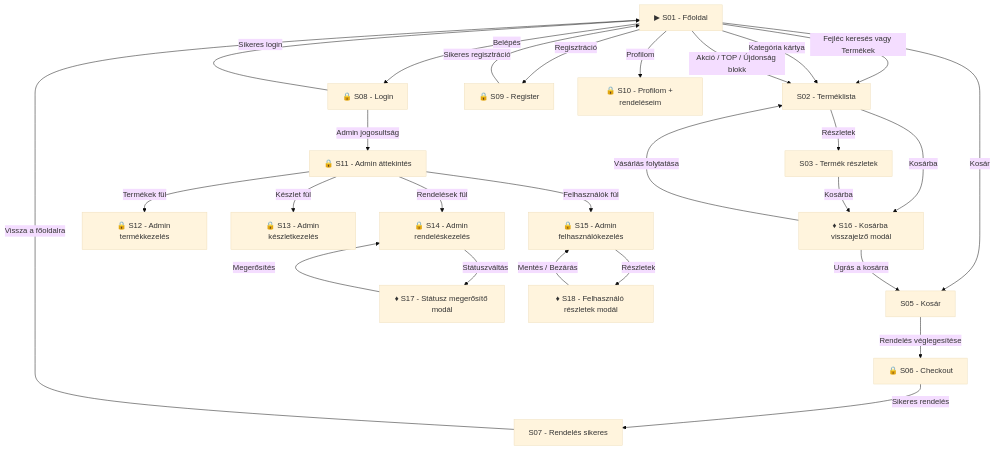
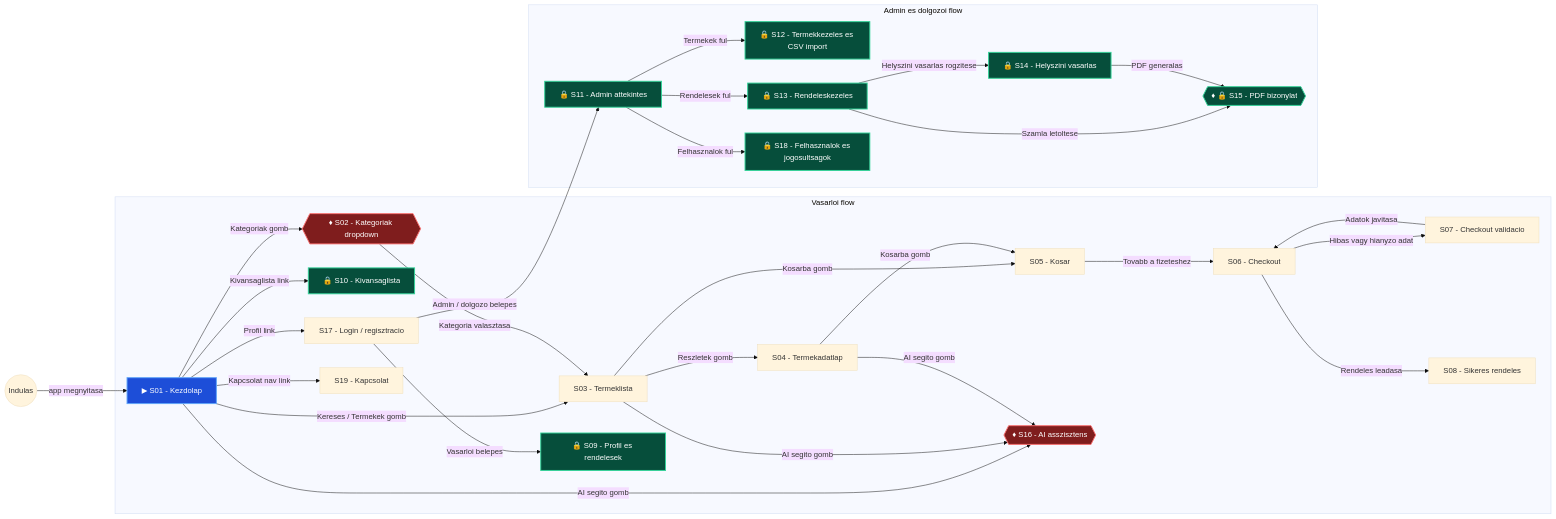
Before and after one commit to deadinsideDawe/TDLWebshop: the diagram in docs/ux/pageflow.mmd, drawn with Mermaid (base theme). The commit also changed 21 other files, not shown here.

Commit message:
docs és checkout javítások véglegesítése

```diff
--- a/docs/ux/pageflow.mmd
+++ b/docs/ux/pageflow.mmd
@@ -1,32 +1,61 @@
-flowchart TD
-  %% VÁSÁRLÓI FLOW
-  S01["▶ S01 - Főoldal"] -->|"Fejléc keresés vagy Termékek"| S02["S02 - Terméklista"]
-  S01 -->|"Kategória kártya"| S02
-  S01 -->|"Akció / TOP / Újdonság blokk"| S02
-  S01 -->|"Belépés"| S08["🔒 S08 - Login"]
-  S01 -->|"Regisztráció"| S09["🔒 S09 - Register"]
-  S01 -->|"Kosár"| S05["S05 - Kosár"]
-  S01 -->|"Profilom"| S10["🔒 S10 - Profilom + rendeléseim"]
+flowchart LR
+  START(("Indulas"))
 
-  S02 -->|"Részletek"| S03["S03 - Termék részletek"]
-  S02 -->|"Kosárba"| S16["♦ S16 - Kosárba visszajelző modál"]
-  S03 -->|"Kosárba"| S16
-  S16 -->|"Vásárlás folytatása"| S02
-  S16 -->|"Ugrás a kosárra"| S05
+  subgraph VASARLOI_FLOW["Vasarloi flow"]
+    S01["▶ S01 - Kezdolap"]
+    S02{{"♦ S02 - Kategoriak dropdown"}}
+    S03["S03 - Termeklista"]
+    S04["S04 - Termekadatlap"]
+    S05["S05 - Kosar"]
+    S06["S06 - Checkout"]
+    S07["S07 - Checkout validacio"]
+    S08["S08 - Sikeres rendeles"]
+    S09["🔒 S09 - Profil es rendelesek"]
+    S10["🔒 S10 - Kivansaglista"]
+    S16{{"♦ S16 - AI asszisztens"}}
+    S17["S17 - Login / regisztracio"]
+    S19["S19 - Kapcsolat"]
+  end
 
-  S05 -->|"Rendelés véglegesítése"| S06["🔒 S06 - Checkout"]
-  S06 -->|"Sikeres rendelés"| S07["S07 - Rendelés sikeres"]
-  S07 -->|"Vissza a főoldalra"| S01
-  S08 -->|"Sikeres login"| S01
-  S09 -->|"Sikeres regisztráció"| S01
+  subgraph ADMIN_FLOW["Admin es dolgozoi flow"]
+    S11["🔒 S11 - Admin attekintes"]
+    S12["🔒 S12 - Termekkezeles es CSV import"]
+    S13["🔒 S13 - Rendeleskezeles"]
+    S14["🔒 S14 - Helyszini vasarlas"]
+    S15{{"♦ 🔒 S15 - PDF bizonylat"}}
+    S18["🔒 S18 - Felhasznalok es jogosultsagok"]
+  end
 
-  %% ADMIN FLOW
-  S08 -->|"Admin jogosultság"| S11["🔒 S11 - Admin áttekintés"]
-  S11 -->|"Termékek fül"| S12["🔒 S12 - Admin termékkezelés"]
-  S11 -->|"Készlet fül"| S13["🔒 S13 - Admin készletkezelés"]
-  S11 -->|"Rendelések fül"| S14["🔒 S14 - Admin rendeléskezelés"]
-  S11 -->|"Felhasználók fül"| S15["🔒 S15 - Admin felhasználókezelés"]
-  S14 -->|"Státuszváltás"| S17["♦ S17 - Státusz megerősítő modál"]
-  S17 -->|"Megerősítés"| S14
-  S15 -->|"Részletek"| S18["♦ S18 - Felhasználó részletek modál"]
-  S18 -->|"Mentés / Bezárás"| S15
+  START -->|"app megnyitasa"| S01
+  S01 -->|"Kereses / Termekek gomb"| S03
+  S01 -->|"Kategoriak gomb"| S02
+  S02 -->|"Kategoria valasztasa"| S03
+  S01 -->|"Kapcsolat nav link"| S19
+  S03 -->|"Reszletek gomb"| S04
+  S03 -->|"Kosarba gomb"| S05
+  S04 -->|"Kosarba gomb"| S05
+  S05 -->|"Tovabb a fizeteshez"| S06
+  S06 -->|"Hibas vagy hianyzo adat"| S07
+  S07 -->|"Adatok javitasa"| S06
+  S06 -->|"Rendeles leadasa"| S08
+  S01 -->|"Profil link"| S17
+  S17 -->|"Vasarloi belepes"| S09
+  S01 -->|"Kivansaglista link"| S10
+  S01 -->|"AI segito gomb"| S16
+  S03 -->|"AI segito gomb"| S16
+  S04 -->|"AI segito gomb"| S16
+
+  S17 -->|"Admin / dolgozo belepes"| S11
+  S11 -->|"Termekek ful"| S12
+  S11 -->|"Rendelesek ful"| S13
+  S13 -->|"Helyszini vasarlas rogzitese"| S14
+  S13 -->|"Szamla letoltese"| S15
+  S14 -->|"PDF generalas"| S15
+  S11 -->|"Felhasznalok ful"| S18
+
+  classDef entry fill:#1d4ed8,color:#ffffff,stroke:#60a5fa,stroke-width:2px;
+  classDef modal fill:#7f1d1d,color:#ffffff,stroke:#f87171,stroke-width:2px;
+  classDef auth fill:#064e3b,color:#ffffff,stroke:#34d399,stroke-width:2px;
+  class S01 entry;
+  class S02,S15,S16 modal;
+  class S09,S10,S11,S12,S13,S14,S15,S18 auth;
```
